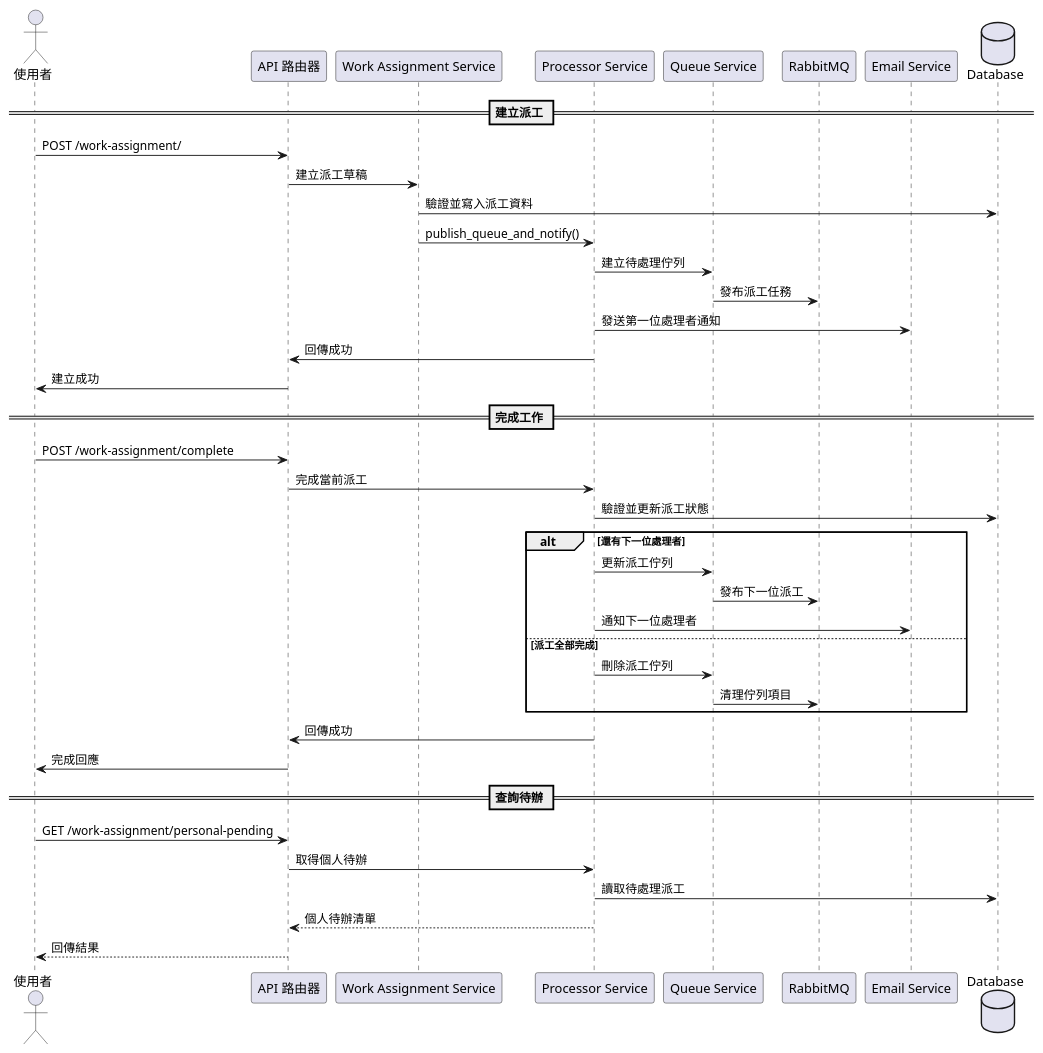
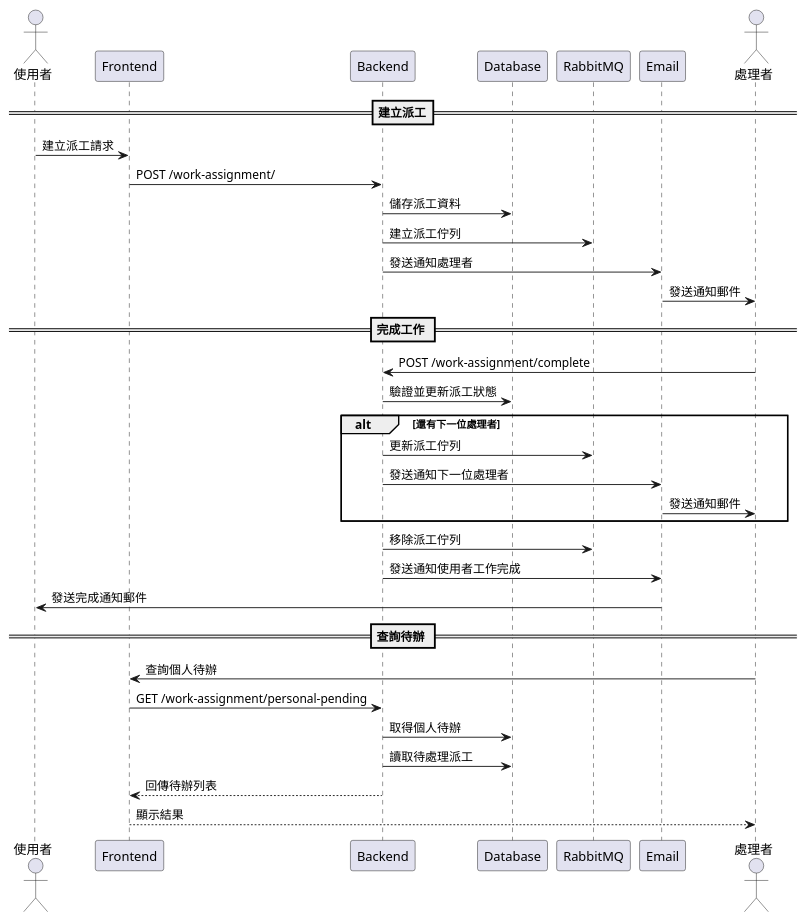
The diagram in plantUML/sequence/work_assignment.puml (walle45611/NTUB_SecuManag_Diagram), drawn with PlantUML before and after one commit. The commit also changed other lines of this file and 3 other files, not shown here.

Commit message:
feat: 精簡風險追蹤與派工流程圖，調整參與者與流程步驟以增強可讀性

```diff
--- a/plantUML/sequence/work_assignment.puml
+++ b/plantUML/sequence/work_assignment.puml
@@ -1,47 +1,40 @@
 @startuml
 
 actor User as "使用者"
-participant Router as "API 路由器"
-participant WorkService as "Work Assignment Service"
-participant Processor as "Processor Service"
-participant QueueSvc as "Queue Service"
+participant Frontend
+participant Backend
+participant Database
 participant Queue as "RabbitMQ"
-participant Email as "Email Service"
-database Database
+participant Email
+actor User2 as "處理者"
 
-== 建立派工 ==
-User -> Router: POST /work-assignment/
-Router -> WorkService: 建立派工草稿
-WorkService -> Database: 驗證並寫入派工資料
-WorkService -> Processor: publish_queue_and_notify()
-Processor -> QueueSvc: 建立待處理佇列
-QueueSvc -> Queue: 發布派工任務
-Processor -> Email: 發送第一位處理者通知
-Router <- Processor: 回傳成功
-Router -> User: 建立成功
+== 建立派工==
+User -> Frontend: 建立派工請求
+Frontend -> Backend: POST /work-assignment/
+Backend -> Database: 儲存派工資料
+Backend -> Queue: 建立派工佇列
+Backend -> Email: 發送通知處理者
+Email -> User2: 發送通知郵件
 
 == 完成工作 ==
-User -> Router: POST /work-assignment/complete
-Router -> Processor: 完成當前派工
-Processor -> Database: 驗證並更新派工狀態
+User2 -> Backend: POST /work-assignment/complete
+Backend -> Database: 驗證並更新派工狀態
 
 alt 還有下一位處理者
-    Processor -> QueueSvc: 更新派工佇列
-    QueueSvc -> Queue: 發布下一位派工
-    Processor -> Email: 通知下一位處理者
-else 派工全部完成
-    Processor -> QueueSvc: 刪除派工佇列
-    QueueSvc -> Queue: 清理佇列項目
+    Backend -> Queue: 更新派工佇列
+    Backend -> Email: 發送通知下一位處理者
+    Email -> User2: 發送通知郵件
 end
-
-Processor -> Router: 回傳成功
-Router -> User: 完成回應
+Backend -> Queue: 移除派工佇列
+Backend -> Email: 發送通知使用者工作完成
+Email -> User: 發送完成通知郵件
 
 == 查詢待辦 ==
-User -> Router: GET /work-assignment/personal-pending
-Router -> Processor: 取得個人待辦
-Processor -> Database: 讀取待處理派工
-Processor --> Router: 個人待辦清單
-Router --> User: 回傳結果
+User2 -> Frontend: 查詢個人待辦
+Frontend -> Backend: GET /work-assignment/personal-pending
+Backend -> Database: 取得個人待辦
+Backend -> Database: 讀取待處理派工
+Backend --> Frontend: 回傳待辦列表
+Frontend --> User2: 顯示結果
 
 @enduml
```
